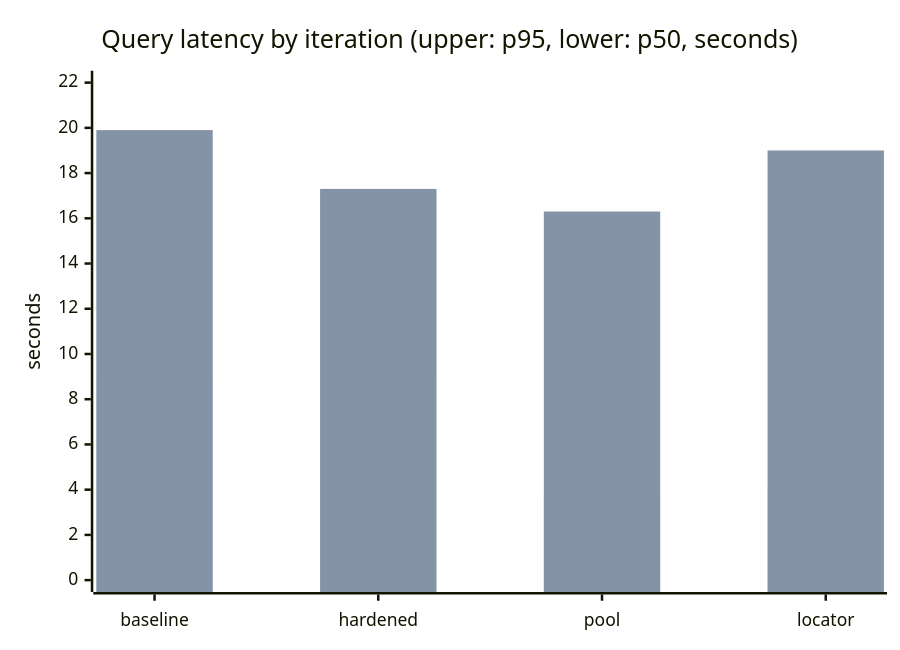
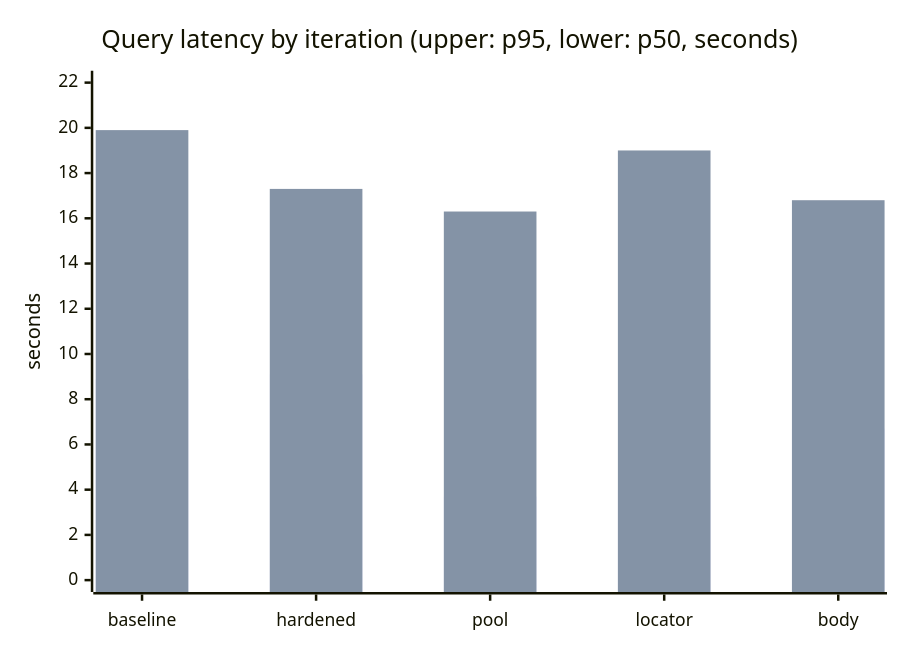
Before and after one commit to nuclearthinking/priorart: the second of 3 diagrams in benchmarks/README.md, drawn with Mermaid. The commit also changed other lines of this file and 9 other files, not shown here.

````diff
--- a/benchmarks/README.md
+++ b/benchmarks/README.md
@@ -38,8 +39,8 @@
 ```mermaid
 xychart-beta
     title "Query latency by iteration (upper: p95, lower: p50, seconds)"
-    x-axis ["baseline", "hardened", "pool", "locator"]
+    x-axis ["baseline", "hardened", "pool", "locator", "body"]
     y-axis "seconds" 0 --> 22
-    bar [8.9, 9.1, 3.7, 4.0]
-    bar [19.9, 17.3, 16.3, 19.0]
+    bar [8.9, 9.1, 3.7, 4.0, 6.7]
+    bar [19.9, 17.3, 16.3, 19.0, 16.8]
 ```
````
